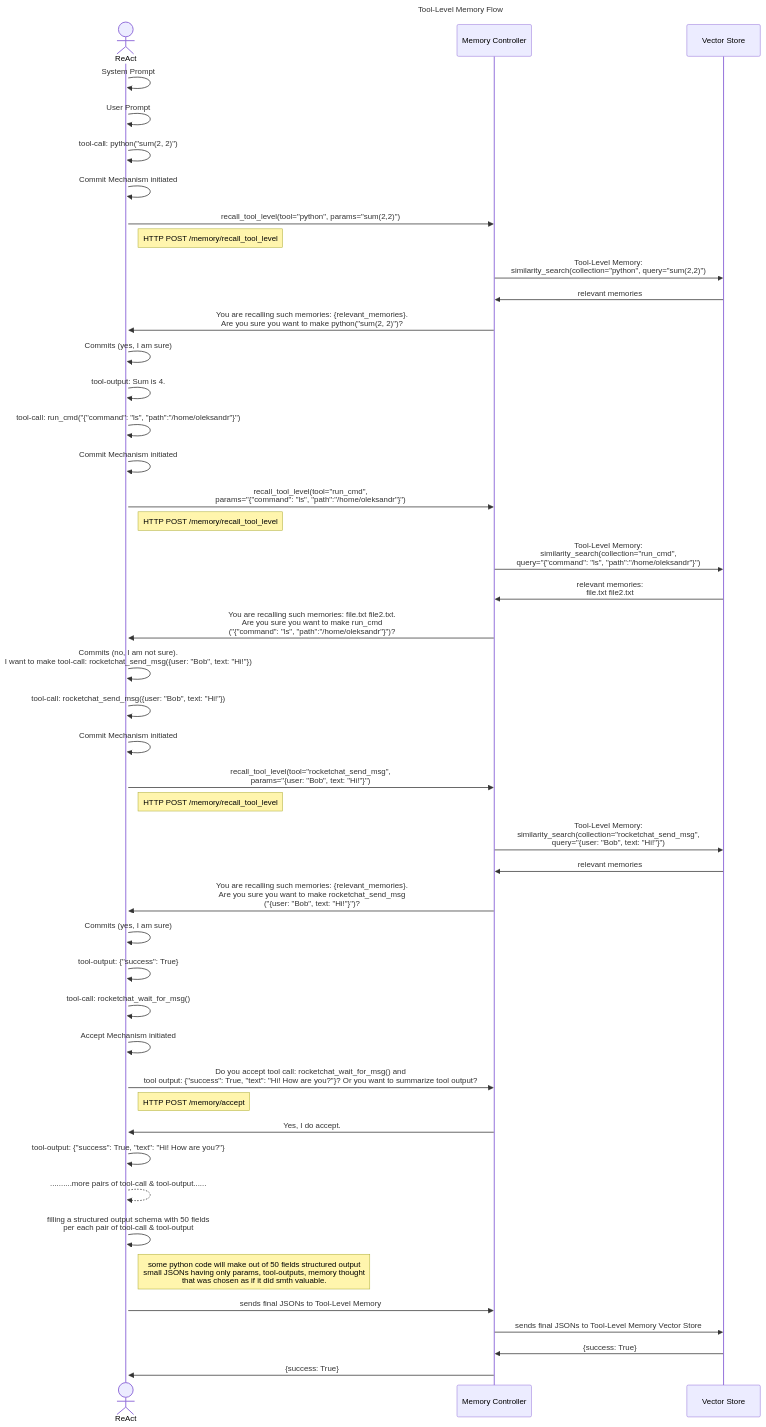
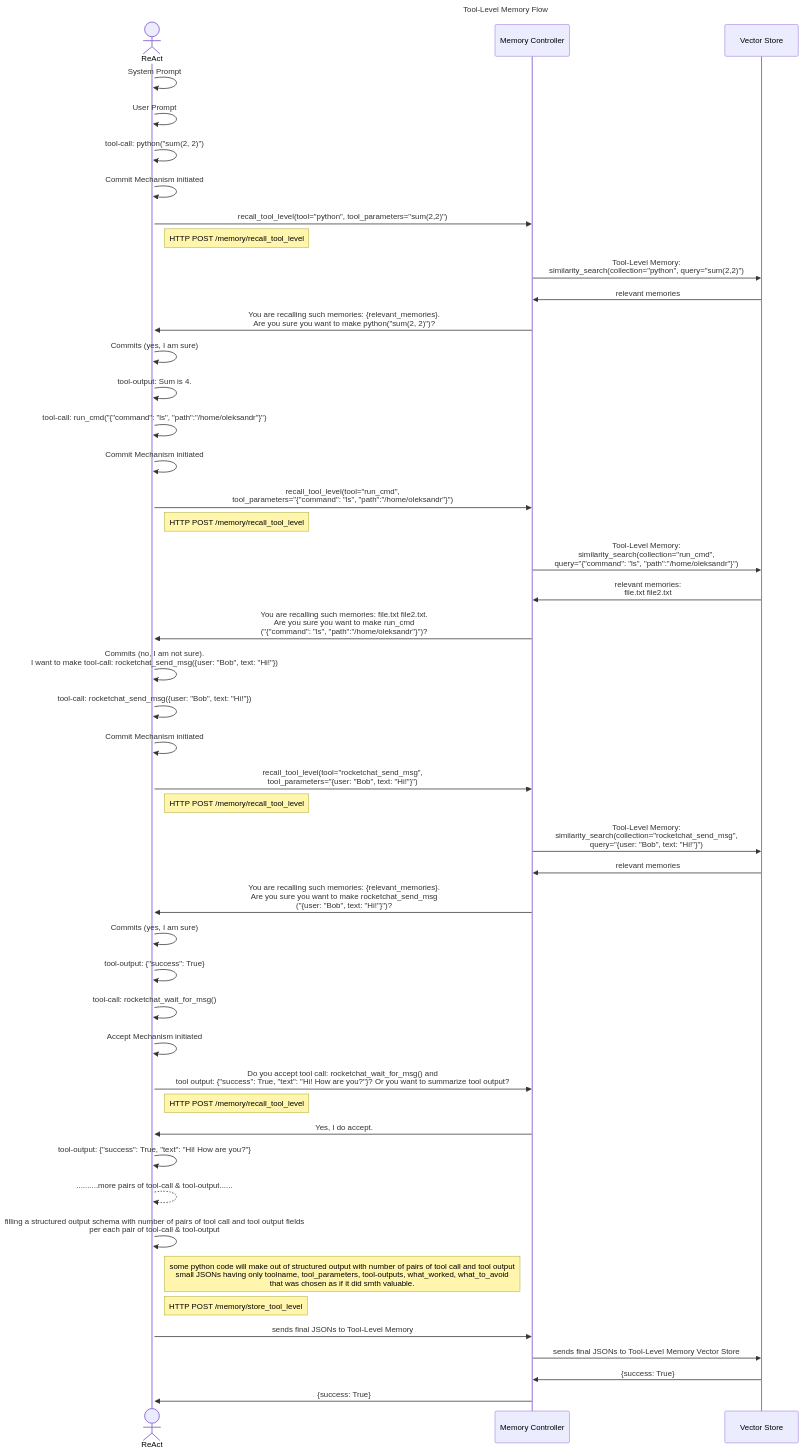
Before and after one commit to oshulha/agentic_playground: the diagram in agent_memory/my_memory_spec.md, drawn with Mermaid. The commit also changed other lines of this file, not shown here.

Commit message:
Tool-Level Memory Recall Mechanism seems to be ready

````diff
--- a/agent_memory/my_memory_spec.md
+++ b/agent_memory/my_memory_spec.md
@@ -195,81 +195,82 @@
 ```mermaid
 %%{init: {'themeVariables': { 
     'fontSize': '28px',
     'sequenceNumberFontSize': '28px',
 }}}%%
 sequenceDiagram
     title Tool-Level Memory Flow
 
     actor ReAct
     participant MC as Memory Controller
     participant VS as Vector Store
 
     activate ReAct
 
     ReAct->>ReAct: System Prompt
     ReAct->>ReAct: User Prompt
     ReAct->>ReAct: tool-call: python("sum(2, 2)")
     ReAct->>ReAct: Commit Mechanism initiated
 
-    ReAct->>MC: recall_tool_level(tool="python", params="sum(2,2)")
+    ReAct->>MC: recall_tool_level(tool="python", tool_parameters="sum(2,2)")
     Note right of ReAct: HTTP POST /memory/recall_tool_level
 
     MC->>VS: Tool-Level Memory:<br/>similarity_search(collection="python", query="sum(2,2)")
     VS->>MC: relevant memories
 
     MC->>ReAct: You are recalling such memories: {relevant_memories}.<br/>Are you sure you want to make python("sum(2, 2)")?
 
     ReAct->>ReAct: Commits (yes, I am sure)
     ReAct->>ReAct: tool-output: Sum is 4.
 
     ReAct->>ReAct: tool-call: run_cmd("{"command": "ls", "path":"/home/oleksandr"}")
 
     ReAct->>ReAct: Commit Mechanism initiated
 
-    ReAct->>MC: recall_tool_level(tool="run_cmd",<br/>params="{"command": "ls", "path":"/home/oleksandr"}")
+    ReAct->>MC: recall_tool_level(tool="run_cmd",<br/>tool_parameters="{"command": "ls", "path":"/home/oleksandr"}")
     Note right of ReAct: HTTP POST /memory/recall_tool_level
 
     MC->>VS: Tool-Level Memory:<br/>similarity_search(collection="run_cmd",<br/>query="{"command": "ls", "path":"/home/oleksandr"}")
 
     VS->>MC: relevant memories:<br/>file.txt file2.txt
 
     MC->>ReAct: You are recalling such memories: file.txt file2.txt.<br/>Are you sure you want to make run_cmd<br/>("{"command": "ls", "path":"/home/oleksandr"}")?
 
     ReAct->>ReAct: Commits (no, I am not sure).<br/>I want to make tool-call: rocketchat_send_msg({user: "Bob", text: "Hi!"})
 
     ReAct->>ReAct: tool-call: rocketchat_send_msg({user: "Bob", text: "Hi!"})
     ReAct->>ReAct: Commit Mechanism initiated
 
-    ReAct->>MC: recall_tool_level(tool="rocketchat_send_msg",<br/>params="{user: "Bob", text: "Hi!"}")
+    ReAct->>MC: recall_tool_level(tool="rocketchat_send_msg",<br/>tool_parameters="{user: "Bob", text: "Hi!"}")
     Note right of ReAct: HTTP POST /memory/recall_tool_level
 
     MC->>VS: Tool-Level Memory:<br/>similarity_search(collection="rocketchat_send_msg",<br/>query="{user: "Bob", text: "Hi!"}")
 
     VS->>MC: relevant memories
 
     MC->>ReAct: You are recalling such memories: {relevant_memories}.<br/>Are you sure you want to make rocketchat_send_msg<br/>("{user: "Bob", text: "Hi!"}")?
 
     ReAct->>ReAct: Commits (yes, I am sure)
     ReAct->>ReAct: tool-output: {"success": True}
 
     ReAct->>ReAct: tool-call: rocketchat_wait_for_msg()
     ReAct->>ReAct: Accept Mechanism initiated
 
     ReAct->>MC: Do you accept tool call: rocketchat_wait_for_msg() and<br/> tool output: {"success": True, "text": "Hi! How are you?"}? Or you want to summarize tool output?
-    Note right of ReAct: HTTP POST /memory/accept
+    Note right of ReAct: HTTP POST /memory/recall_tool_level
 
     MC->>ReAct: Yes, I do accept.
 
     ReAct->>ReAct: tool-output: {"success": True, "text": "Hi! How are you?"}
 
     ReAct-->>ReAct: ..........more pairs of tool-call & tool-output......
 
-    ReAct->>ReAct: filling a structured output schema with 50 fields<br/>per each pair of tool-call & tool-output
+    ReAct->>ReAct: filling a structured output schema with number of pairs of tool call and tool output fields<br/>per each pair of tool-call & tool-output
 
-    Note right of ReAct: some python code will make out of 50 fields structured output<br/>small JSONs having only params, tool-outputs, memory thought<br/>that was chosen as if it did smth valuable.
+    Note right of ReAct: some python code will make out of structured output with number of pairs of tool call and tool output<br/>small JSONs having only toolname, tool_parameters, tool-outputs, what_worked, what_to_avoid<br/>that was chosen as if it did smth valuable.
+    Note right of ReAct: HTTP POST /memory/store_tool_level
 
     ReAct->>MC: sends final JSONs to Tool-Level Memory
     MC->>VS: sends final JSONs to Tool-Level Memory Vector Store
     VS->>MC: {success: True}
     MC->>ReAct: {success: True}
 ```
````
